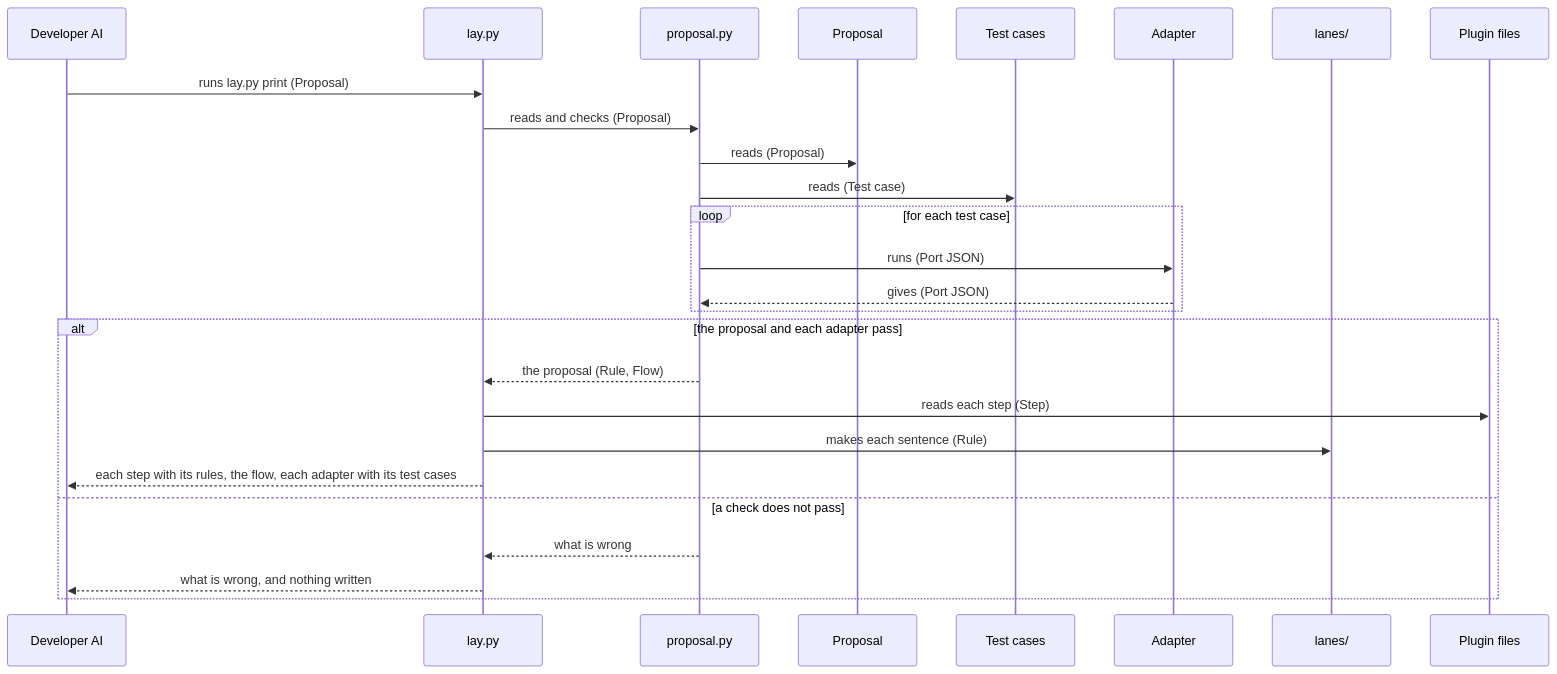
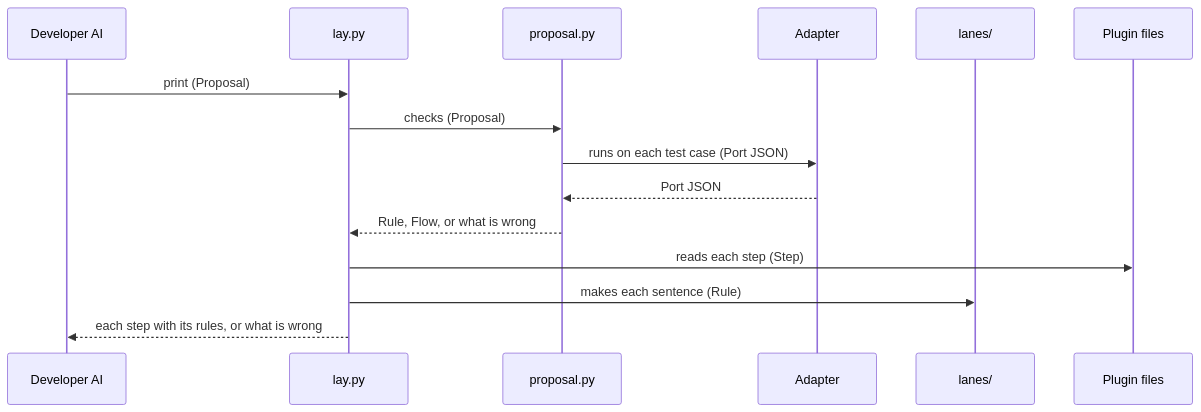
One commit to lovaizu/ccpm changed the first of 4 diagrams in dev/lane/architecture.md. Above: the diagram before and after it, drawn with Mermaid. The commit also changed other lines of this file and 1 other file, not shown here.

First line of the commit message:
lane's architecture rewritten from its design tree on the architecture template alone

````diff
--- a/dev/lane/architecture.md
+++ b/dev/lane/architecture.md
@@ -227,28 +114,17 @@
 ```mermaid
 sequenceDiagram
   participant DA as Developer AI
   participant L as lay.py
   participant P as proposal.py
-  participant PR as Proposal
-  participant TC as Test cases
   participant AD as Adapter
   participant LN as lanes/
   participant PF as Plugin files
-  DA->>L: runs lay.py print (Proposal)
-  L->>P: reads and checks (Proposal)
-  P->>PR: reads (Proposal)
-  P->>TC: reads (Test case)
-  loop for each test case
-    P->>AD: runs (Port JSON)
-    AD-->>P: gives (Port JSON)
-  end
-  alt the proposal and each adapter pass
-    P-->>L: the proposal (Rule, Flow)
-    L->>PF: reads each step (Step)
-    L->>LN: makes each sentence (Rule)
-    L-->>DA: each step with its rules, the flow, each adapter with its test cases
-  else a check does not pass
-    P-->>L: what is wrong
-    L-->>DA: what is wrong, and nothing written
-  end
+  DA->>L: print (Proposal)
+  L->>P: checks (Proposal)
+  P->>AD: runs on each test case (Port JSON)
+  AD-->>P: Port JSON
+  P-->>L: Rule, Flow, or what is wrong
+  L->>PF: reads each step (Step)
+  L->>LN: makes each sentence (Rule)
+  L-->>DA: each step with its rules, or what is wrong
 ```
````
